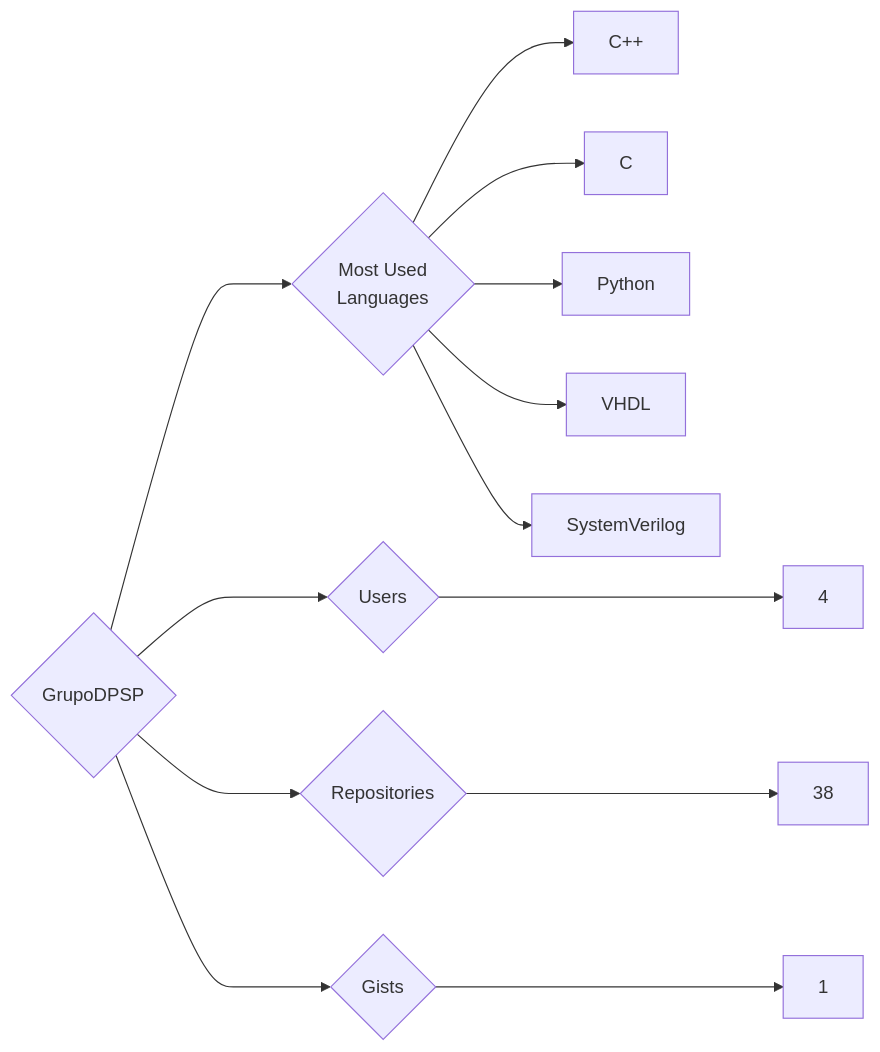
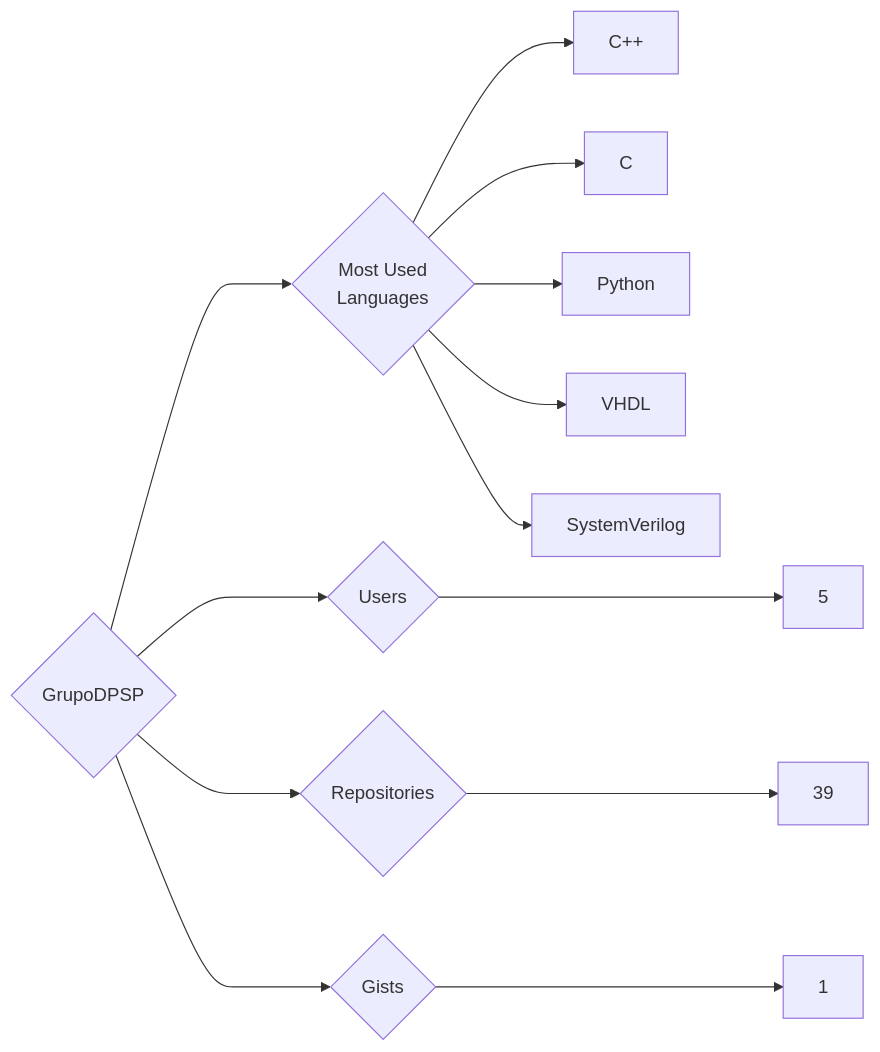
One commit to trickest/insiders changed the diagram in targets/GrupoDPSP/README.md. Above: the diagram before and after it, drawn with Mermaid. The commit also changed 559 other files, not shown here.

````diff
--- a/targets/GrupoDPSP/README.md
+++ b/targets/GrupoDPSP/README.md
@@ -3,13 +3,13 @@
 ```mermaid
 graph LR
 COMPANY_NAME{GrupoDPSP}
-COMPANY_NAME ---> U{Users} ---> UN[4]
-COMPANY_NAME ---> R{Repositories} ---> RN[38]
+COMPANY_NAME ---> U{Users} ---> UN[5]
+COMPANY_NAME ---> R{Repositories} ---> RN[39]
 COMPANY_NAME ---> G{Gists} ---> GN[1]
 COMPANY_NAME ---> ML{Most Used<br>Languages}
 ML --> C++[C++]
 ML --> C[C]
 ML --> Python[Python]
 ML --> VHDL[VHDL]
 ML --> SystemVerilog[SystemVerilog]
 ```
````
